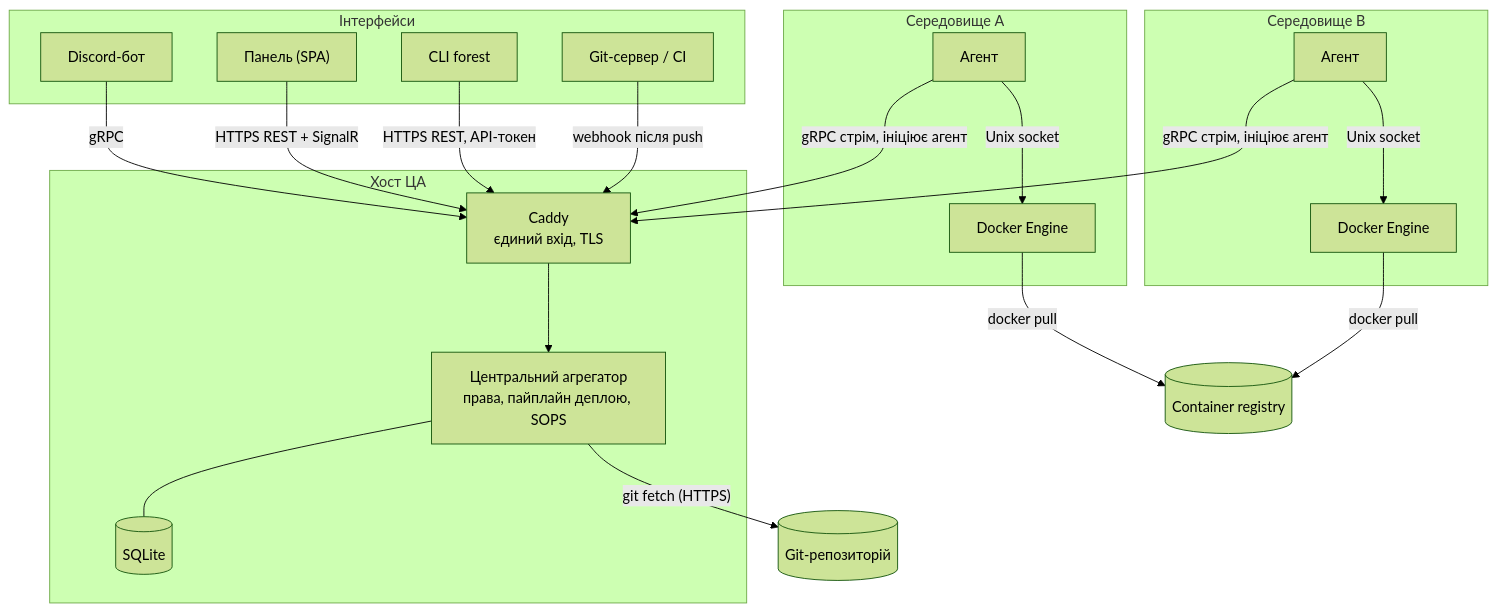
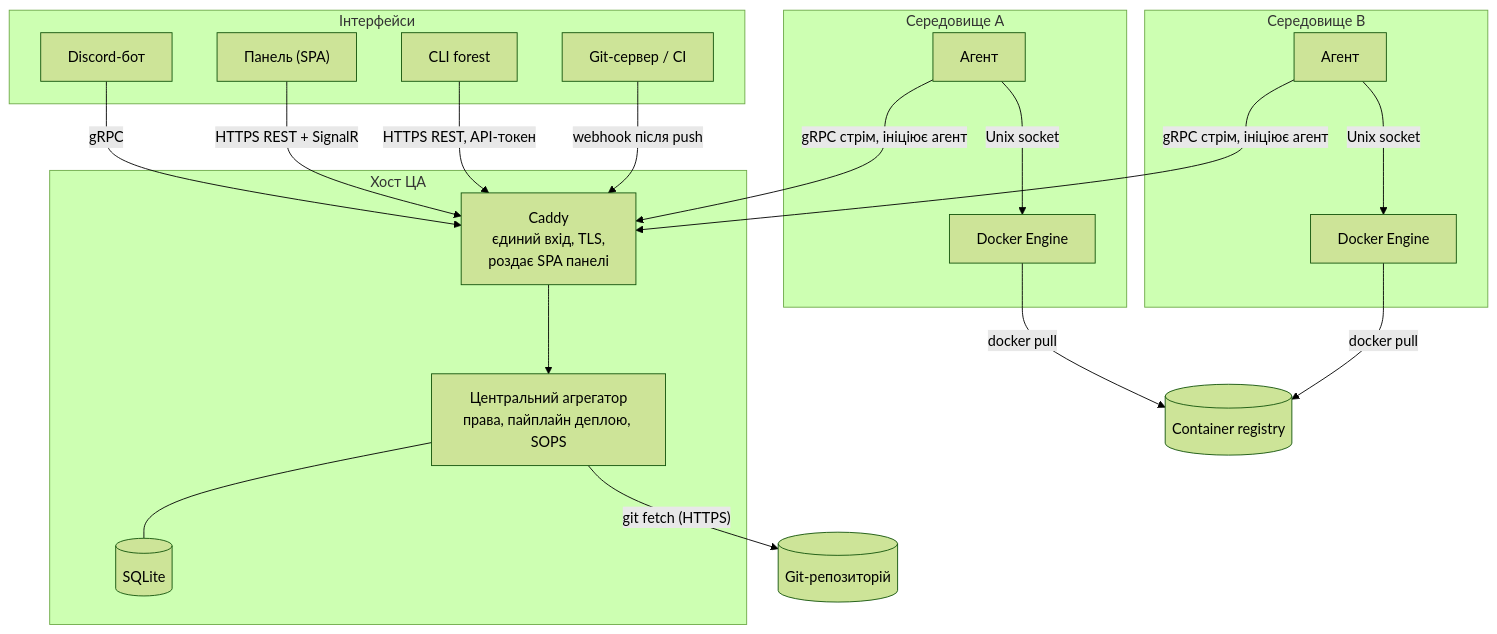
One commit to container-forest/container-forest changed the diagram in README.md. Above: the diagram before and after it, drawn with Mermaid (forest theme). The commit also changed 2 other files, not shown here.

Commit message:
docs: note that Caddy serves the panel SPA in architecture diagrams
Claude-Session: https://claude.ai/code/session_01DovwCNenAuX2Dt3bv4TSVF

````diff
--- a/README.md
+++ b/README.md
@@ -49,31 +49,31 @@
 ```mermaid
 flowchart TB
   subgraph Clients["Інтерфейси"]
     Bot["Discord-бот"]
     UI["Панель (SPA)"]
     Cli["CLI forest"]
     Hooks["Git-сервер / CI"]
   end
   subgraph EnvB["Середовище B"]
     EA2["Агент"] -->|"Unix socket"| D2["Docker Engine"]
   end
   subgraph EnvA["Середовище A"]
     EA1["Агент"] -->|"Unix socket"| D1["Docker Engine"]
   end
   subgraph Host["Хост ЦА"]
-    Caddy["Caddy<br/>єдиний вхід, TLS"] --> CA["Центральний агрегатор<br/>права, пайплайн деплою, SOPS"]
+    Caddy["Caddy<br/>єдиний вхід, TLS,<br/>роздає SPA панелі"] --> CA["Центральний агрегатор<br/>права, пайплайн деплою, SOPS"]
     CA --- DB[("SQLite")]
   end
   Git[("Git-репозиторій")]
   Reg[("Container registry")]
 
   Bot -->|"gRPC"| Caddy
   UI -->|"HTTPS REST + SignalR"| Caddy
   Cli -->|"HTTPS REST, API-токен"| Caddy
   Hooks -->|"webhook після push"| Caddy
   EA1 -->|"gRPC стрім, ініціює агент"| Caddy
   EA2 -->|"gRPC стрім, ініціює агент"| Caddy
   CA -->|"git fetch (HTTPS)"| Git
   D1 -->|"docker pull"| Reg
   D2 -->|"docker pull"| Reg
 ```
````
